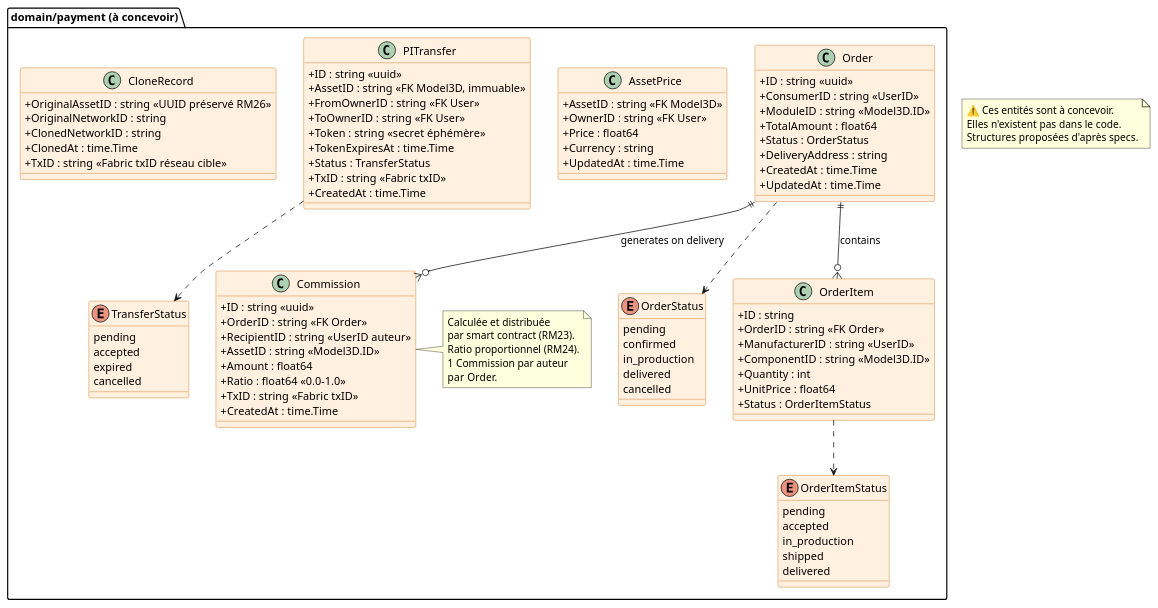
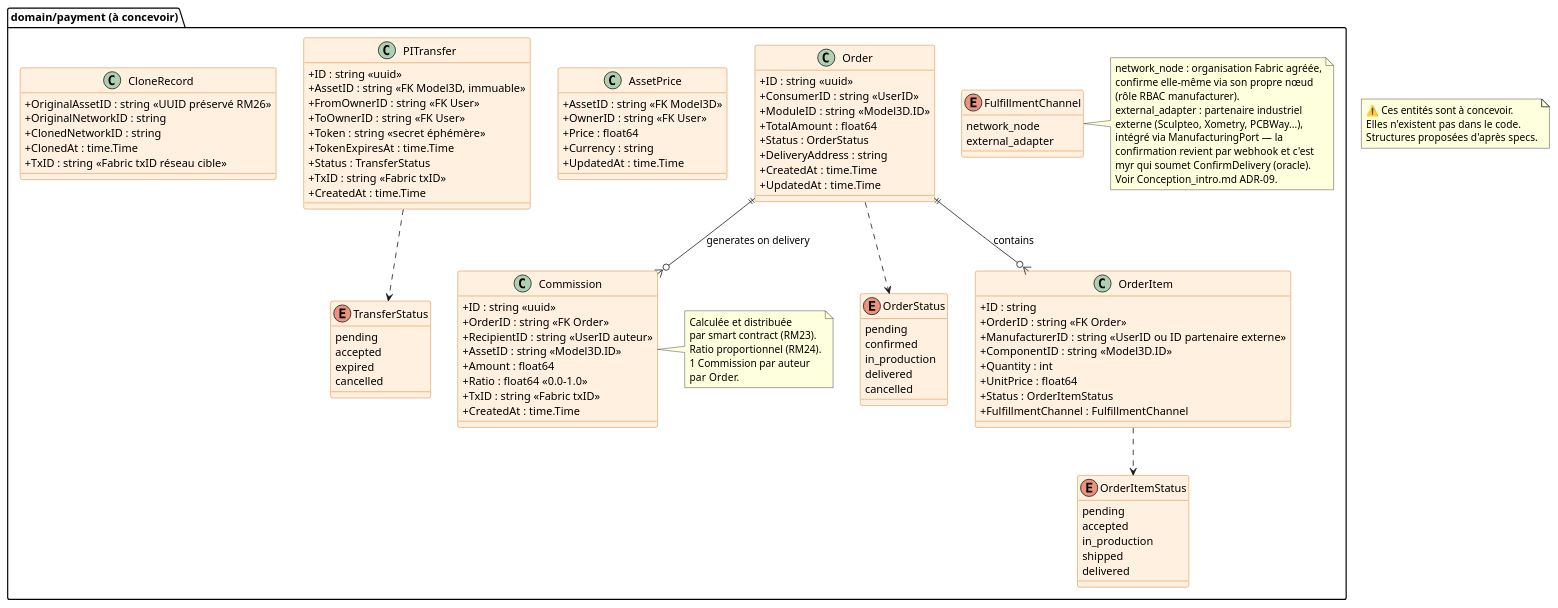
The second of 5 diagrams in specs/3-Conception/DC_D7_Payment.md (olivaux/myr), drawn with PlantUML before and after one commit. The commit also changed other lines of this file and 8 other files, not shown here.

```diff
--- a/specs/3-Conception/DC_D7_Payment.md
+++ b/specs/3-Conception/DC_D7_Payment.md
@@ -88,11 +88,12 @@
   class OrderItem {
     + ID : string
     + OrderID : string <<FK Order>>
-    + ManufacturerID : string <<UserID>>
+    + ManufacturerID : string <<UserID ou ID partenaire externe>>
     + ComponentID : string <<Model3D.ID>>
     + Quantity : int
     + UnitPrice : float64
     + Status : OrderItemStatus
+    + FulfillmentChannel : FulfillmentChannel
   }
 
   enum OrderItemStatus {
@@ -102,6 +103,23 @@
     shipped
     delivered
   }
+
+  enum FulfillmentChannel {
+    network_node
+    external_adapter
+  }
+
+  note right of FulfillmentChannel
+    network_node : organisation Fabric agréée,
+    confirme elle-même via son propre nœud
+    (rôle RBAC manufacturer).
+    external_adapter : partenaire industriel
+    externe (Sculpteo, Xometry, PCBWay...),
+    intégré via ManufacturingPort — la
+    confirmation revient par webhook et c'est
+    myr qui soumet ConfirmDelivery (oracle).
+    Voir Conception_intro.md ADR-09.
+  end note
 
   class Commission {
     + ID : string <<uuid>>
```
